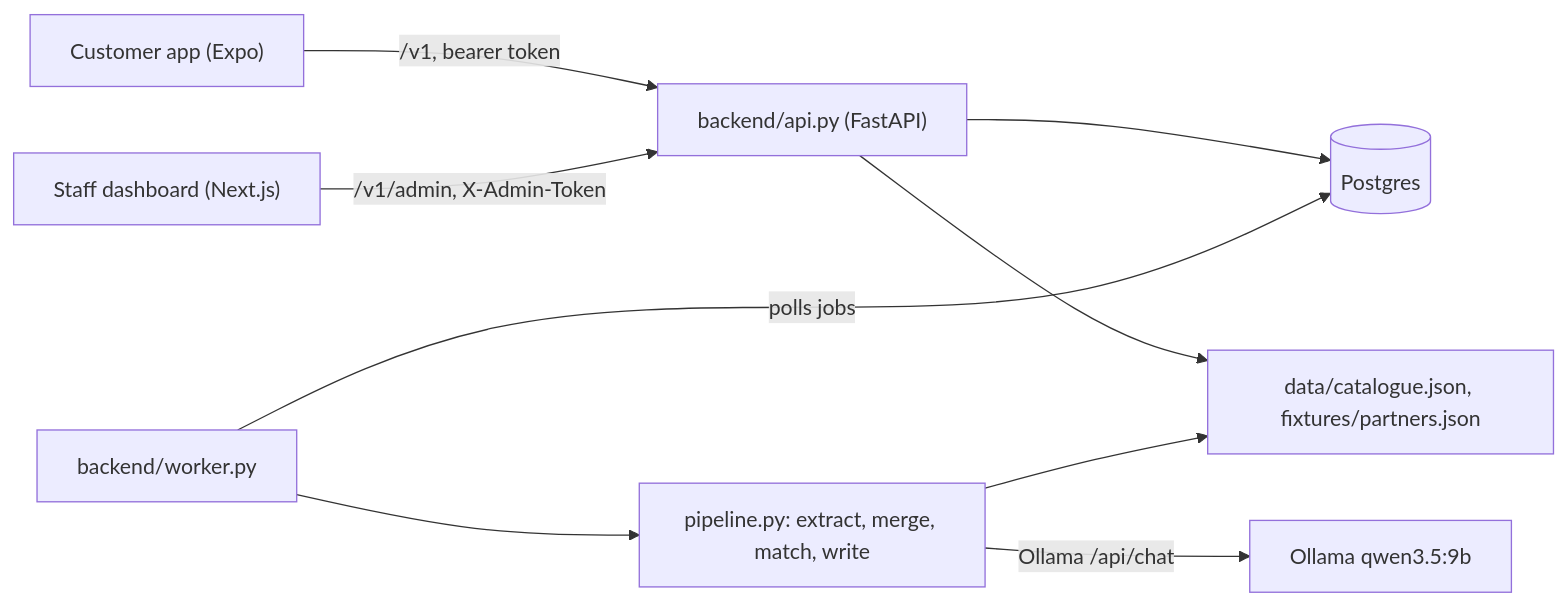
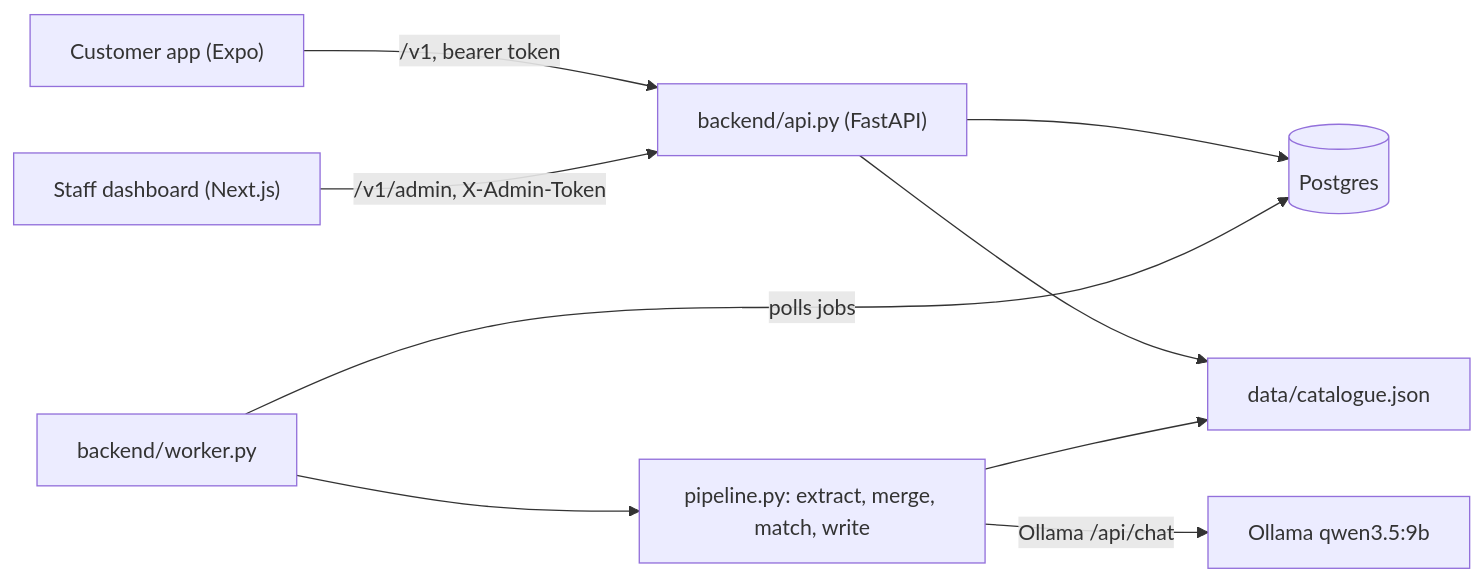
The diagram in docs/DESIGN.md (carbler1/IF-Ensurance), drawn with Mermaid before and after one commit. The commit also changed other lines of this file and 1 other file, not shown here.

Commit message:
docs(design): fix CORS, API URL and parts table

````diff
--- a/docs/DESIGN.md
+++ b/docs/DESIGN.md
@@ -19,11 +19,11 @@
 ```mermaid
 flowchart LR
     app["Customer app (Expo)"] -->|"/v1, bearer token"| api["backend/api.py (FastAPI)"]
     dash["Staff dashboard (Next.js)"] -->|"/v1/admin, X-Admin-Token"| api
     api --> db[("Postgres")]
     worker["backend/worker.py"] -->|polls jobs| db
     worker --> pipe["pipeline.py: extract, merge, match, write"]
     pipe -->|Ollama /api/chat| llm["Ollama qwen3.5:9b"]
-    api --> data["data/catalogue.json, fixtures/partners.json"]
+    api --> data["data/catalogue.json"]
     pipe --> data
 ```
````
